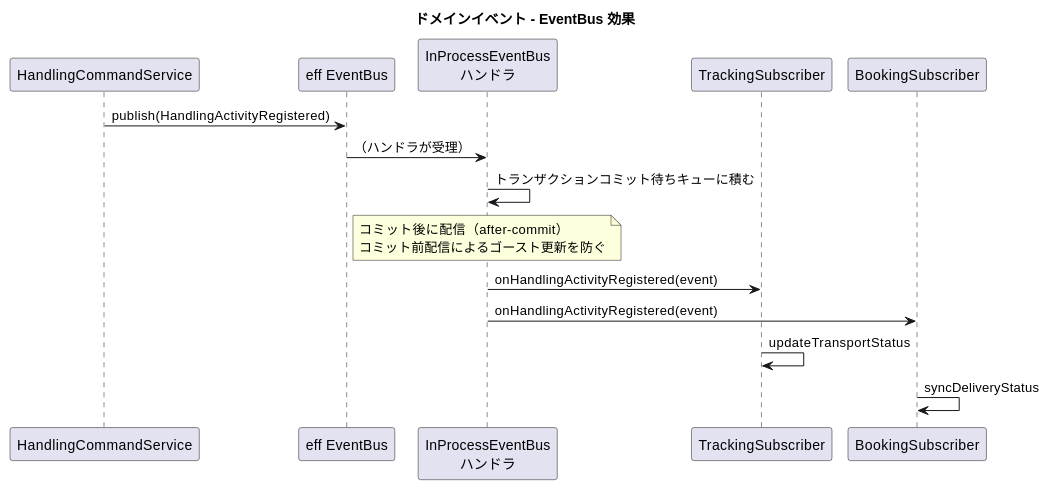
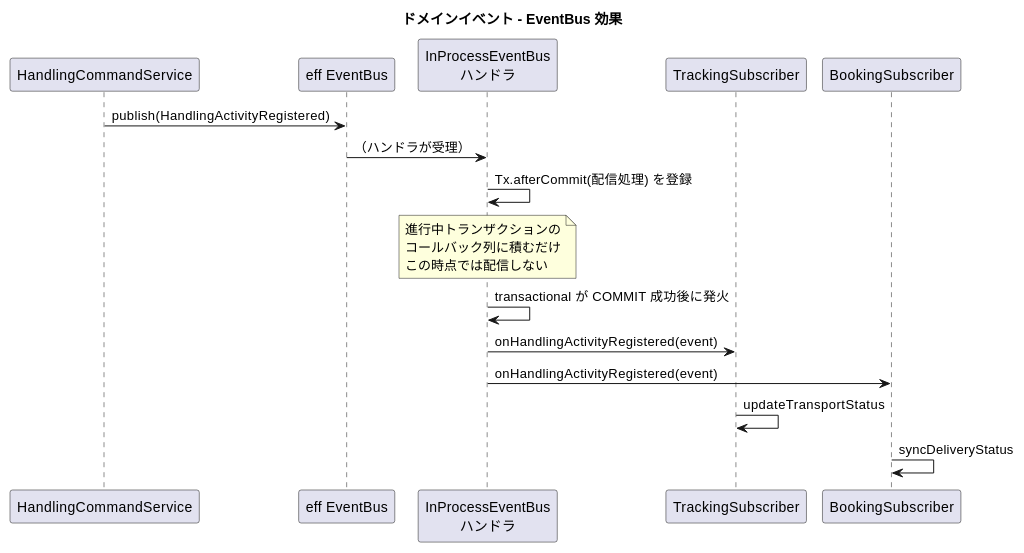
Before and after one commit to k2works/case-study-cargo-tracker: the fifth of 8 diagrams in docs/design/architecture_backend.md, drawn with PlantUML. The commit also changed other lines of this file and 6 other files, not shown here.

````diff
--- a/docs/design/architecture_backend.md
+++ b/docs/design/architecture_backend.md
@@ -466,24 +499,26 @@
 ```plantuml
 @startuml
 title ドメインイベント - EventBus 効果
 
 participant "HandlingCommandService" as handling
 participant "eff EventBus" as bus
 participant "InProcessEventBus\nハンドラ" as impl
 participant "TrackingSubscriber" as tracking_sub
 participant "BookingSubscriber" as booking_sub
 
 handling -> bus : publish(HandlingActivityRegistered)
 bus -> impl : （ハンドラが受理）
-impl -> impl : トランザクションコミット待ちキューに積む
+impl -> impl : Tx.afterCommit(配信処理) を登録
 note over impl
-  コミット後に配信（after-commit）
-  コミット前配信によるゴースト更新を防ぐ
+  進行中トランザクションの
+  コールバック列に積むだけ
+  この時点では配信しない
 end note
+impl -> impl : transactional が COMMIT 成功後に発火
 impl -> tracking_sub : onHandlingActivityRegistered(event)
 impl -> booking_sub : onHandlingActivityRegistered(event)
 tracking_sub -> tracking_sub : updateTransportStatus
 booking_sub -> booking_sub : syncDeliveryStatus
 
 @enduml
 ```
````
